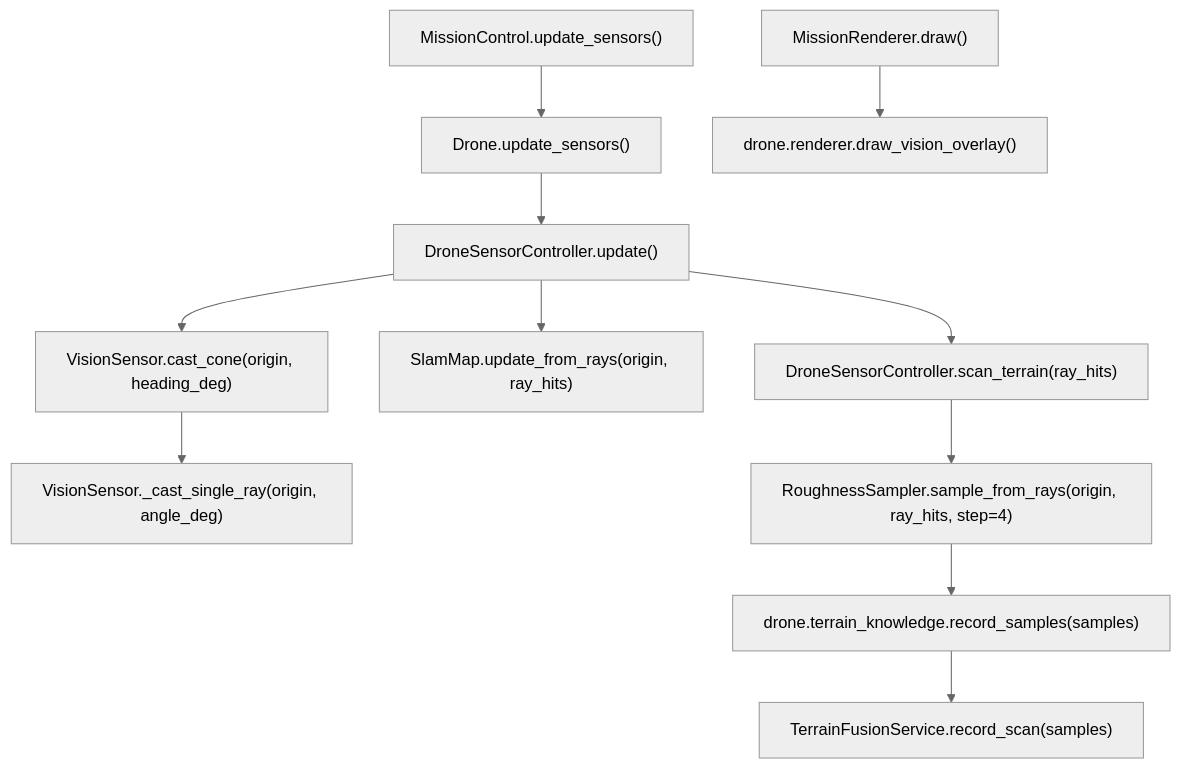
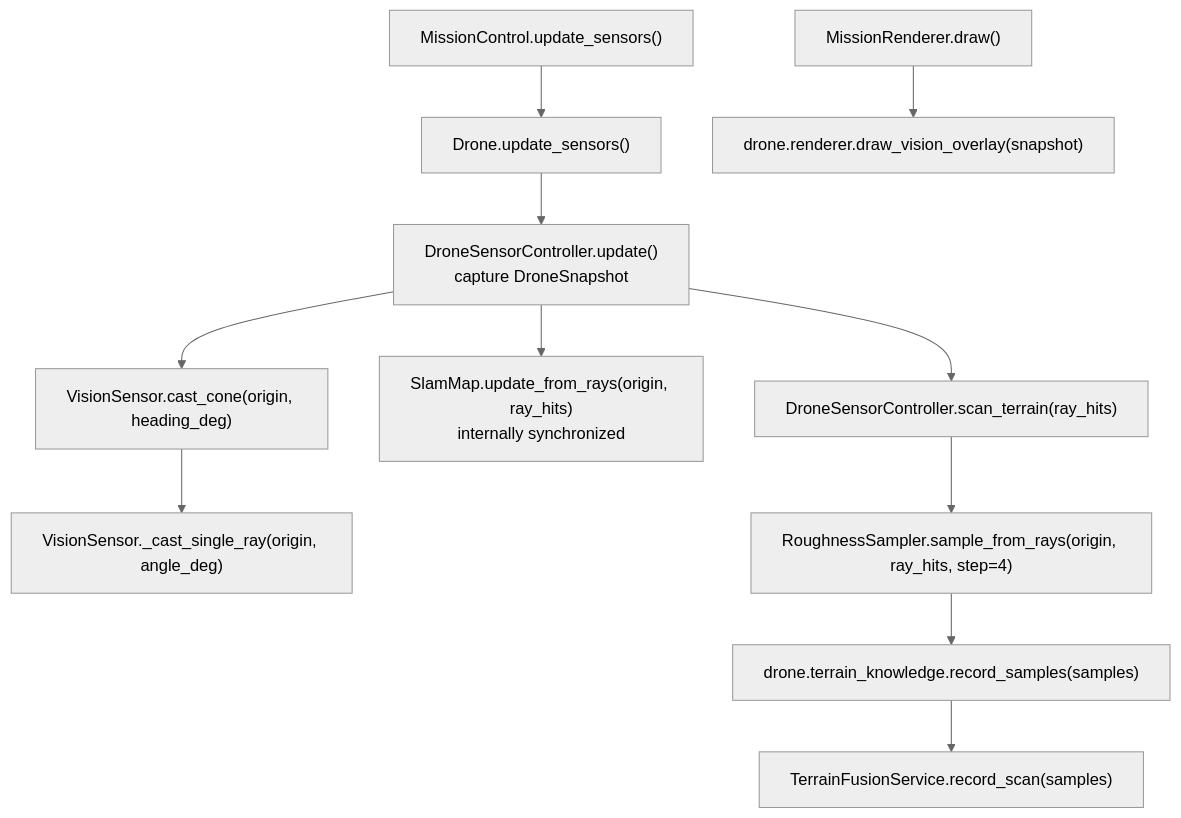
The eighth of 14 diagrams in CODEFLOW.md (Gmark117/Cave_Game), drawn with Mermaid (neutral theme) before and after one commit. The commit also changed other lines of this file and 82 other files, not shown here.

````diff
--- a/CODEFLOW.md
+++ b/CODEFLOW.md
@@ -469,20 +514,20 @@
 ```mermaid
 flowchart TD
     MissionUpdate["MissionControl.update_sensors()"]
     DroneUpdate["Drone.update_sensors()"]
-    Sensor["DroneSensorController.update()"]
+    Sensor["DroneSensorController.update()<br/>capture DroneSnapshot"]
     Cast["VisionSensor.cast_cone(origin, heading_deg)"]
     Ray["VisionSensor._cast_single_ray(origin, angle_deg)"]
-    Slam["SlamMap.update_from_rays(origin, ray_hits)"]
+    Slam["SlamMap.update_from_rays(origin, ray_hits)<br/>internally synchronized"]
     TerrainScan["DroneSensorController.scan_terrain(ray_hits)"]
     Sample["RoughnessSampler.sample_from_rays(origin, ray_hits, step=4)"]
     Local["drone.terrain_knowledge.record_samples(samples)"]
     Global["TerrainFusionService.record_scan(samples)"]
     Draw["MissionRenderer.draw()"]
-    RenderCone["drone.renderer.draw_vision_overlay()"]
+    RenderCone["drone.renderer.draw_vision_overlay(snapshot)"]
 
     MissionUpdate --> DroneUpdate --> Sensor --> Cast --> Ray
     Sensor --> Slam
     Sensor --> TerrainScan --> Sample --> Local --> Global
     Draw --> RenderCone
 ```
````
